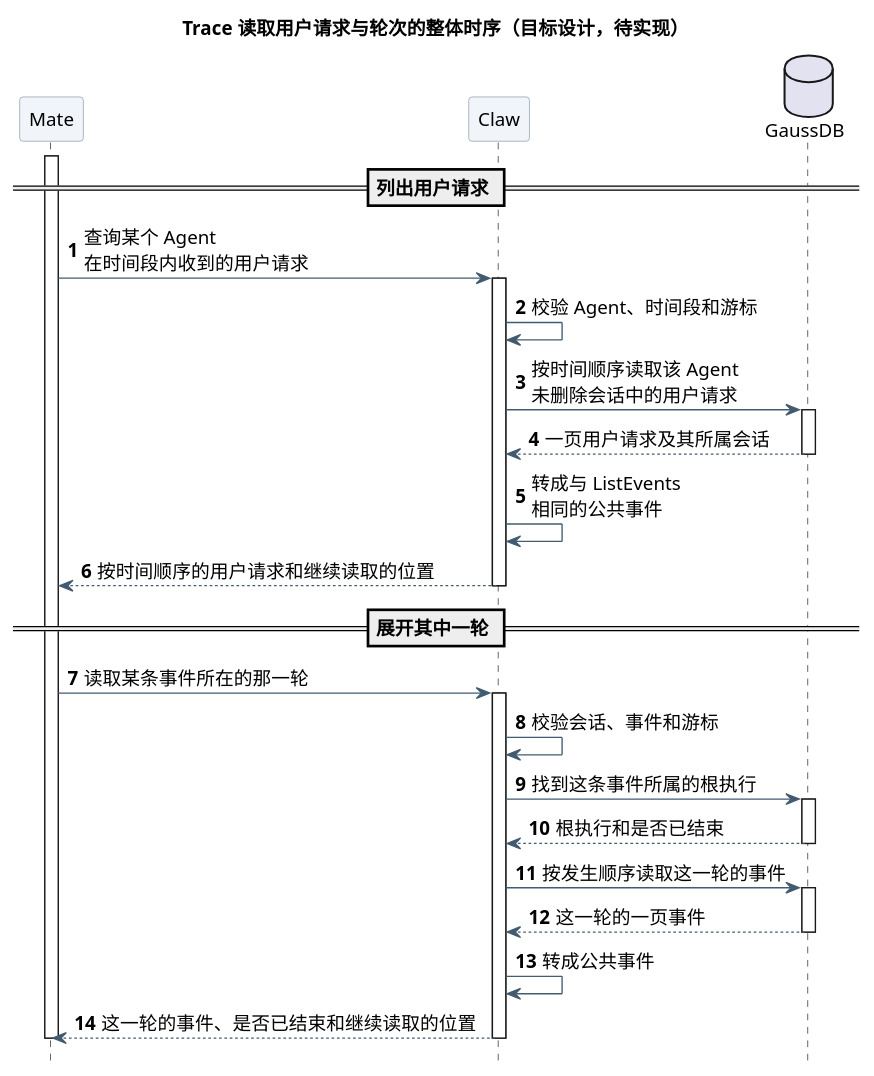
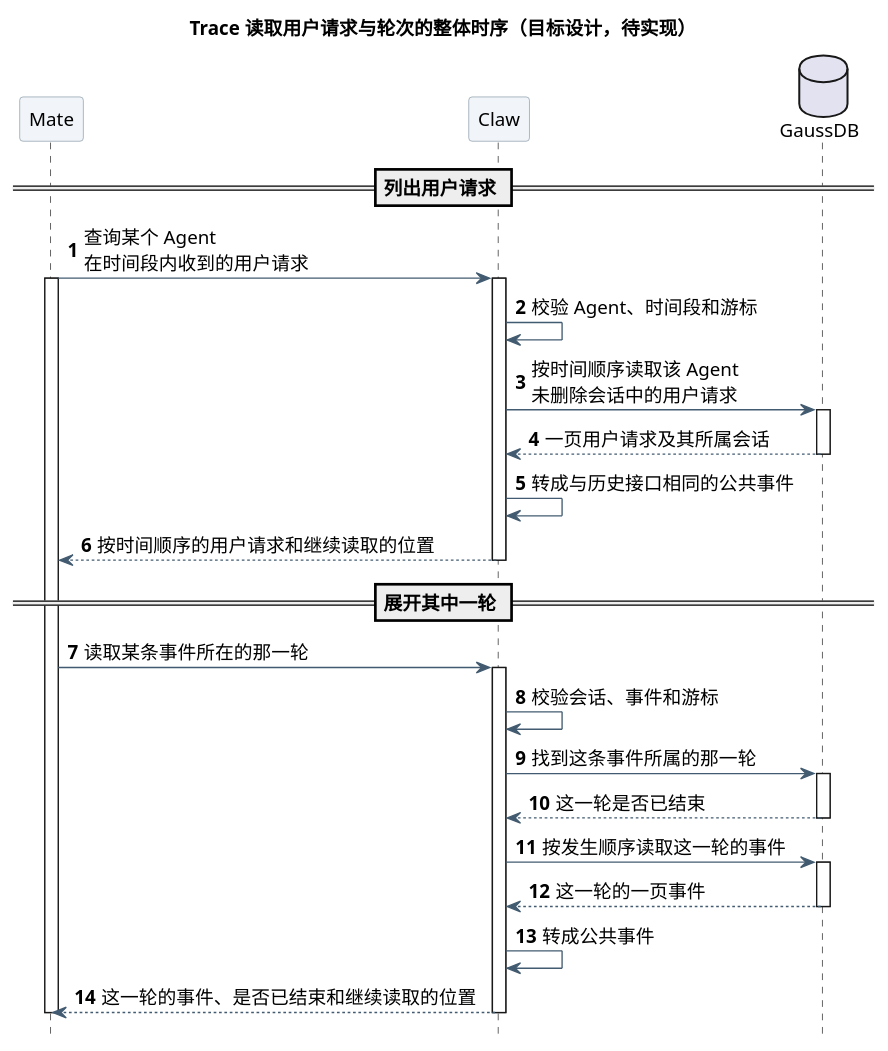
The first of 3 diagrams in 01-总体架构/01-CampusClaw多Agent运行时/设计图/Agent用户事件查询/diagram.puml (ssm0808/pi-mono-java-design), drawn with PlantUML before and after one commit. The commit also changed other lines of this file and 5 other files, not shown here.

First line of the commit message:
docs(runtime): 按最新时序图规则调整整体与轮次详细时序

```diff
--- a/01-总体架构/01-CampusClaw多Agent运行时/设计图/Agent用户事件查询/diagram.puml
+++ b/01-总体架构/01-CampusClaw多Agent运行时/设计图/Agent用户事件查询/diagram.puml
@@ -1,54 +1,54 @@
 @startuml agent_user_events_overview
 ' 源码证据：pi-mono-java main 769e86592285f4a25b0febaf551eddea6bc7212c
 ' modules/coding-agent-cli/src/main/java/com/campusclaw/codingagent/runtimeapi/
 ' web/RuntimeEventController.java:list
 ' event/CommittedEventQueryService.java:list,pageOf
 ' event/CommittedEventProjection.java:project
 ' persistence/MyBatisRuntimeExecutionControlRepository.java:linkCommittedEvent
 ' 已观察行为：事件只能按单个 Session 读取；轮次以根执行和结果段关联的形式存在。
 ' 设计原因：服务级视图，只画 Mate、Claw 与 GaussDB 之间的交互；Claw 内部分层见详细时序与类图。
 ' 待实现：两个读取接口和事件表 agent_id 索引。
 skinparam backgroundColor white
 skinparam defaultFontName SansSerif
 skinparam defaultFontSize 14
 skinparam shadowing false
 skinparam ArrowColor #425B70
 skinparam sequenceParticipantBackgroundColor #F1F5F9
 skinparam sequenceParticipantBorderColor #8496A4
 skinparam sequenceMessageAlign left
 skinparam maxMessageSize 190
 hide footbox
 autonumber
 title Trace 读取用户请求与轮次的整体时序（目标设计，待实现）
 participant "Mate" as Mate
 participant "Claw" as Claw
 database "GaussDB" as DB
 == 列出用户请求 ==
+Mate -> Claw : 查询某个 Agent 在时间段内收到的用户请求
 activate Mate
-Mate -> Claw : 查询某个 Agent 在时间段内收到的用户请求
 activate Claw
 Claw -> Claw : 校验 Agent、时间段和游标
 Claw -> DB : 按时间顺序读取该 Agent 未删除会话中的用户请求
 activate DB
 DB --> Claw : 一页用户请求及其所属会话
 deactivate DB
-Claw -> Claw : 转成与 ListEvents 相同的公共事件
+Claw -> Claw : 转成与历史接口相同的公共事件
 Claw --> Mate : 按时间顺序的用户请求和继续读取的位置
 deactivate Claw
 == 展开其中一轮 ==
 Mate -> Claw : 读取某条事件所在的那一轮
 activate Claw
 Claw -> Claw : 校验会话、事件和游标
-Claw -> DB : 找到这条事件所属的根执行
+Claw -> DB : 找到这条事件所属的那一轮
 activate DB
-DB --> Claw : 根执行和是否已结束
+DB --> Claw : 这一轮是否已结束
 deactivate DB
 Claw -> DB : 按发生顺序读取这一轮的事件
 activate DB
 DB --> Claw : 这一轮的一页事件
 deactivate DB
 Claw -> Claw : 转成公共事件
 Claw --> Mate : 这一轮的事件、是否已结束和继续读取的位置
 deactivate Claw
 deactivate Mate
 @enduml
```
